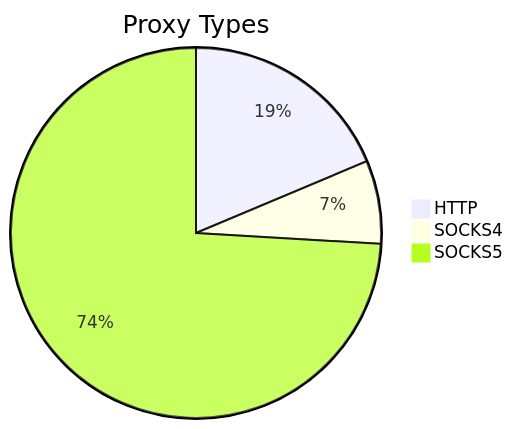
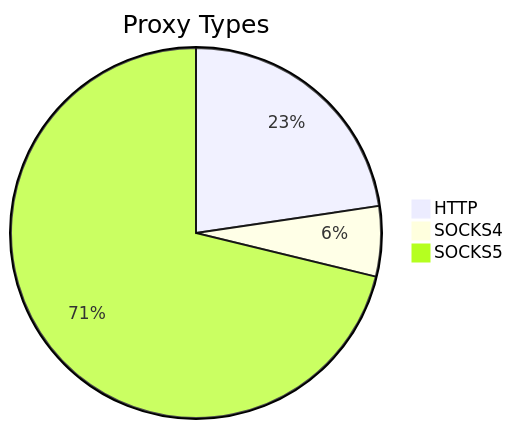
One commit to stormsia/proxy-list changed the first of 2 diagrams in README.md. Above: the diagram before and after it, drawn with Mermaid. The commit also changed other lines of this file, not shown here.

````diff
--- a/README.md
+++ b/README.md
@@ -21,6 +21,6 @@
 ```mermaid
 pie title Proxy Types
-    "HTTP" : 95
-    "SOCKS4" : 37
-    "SOCKS5" : 377
+    "HTTP" : 133
+    "SOCKS4" : 36
+    "SOCKS5" : 418
 ```
````
